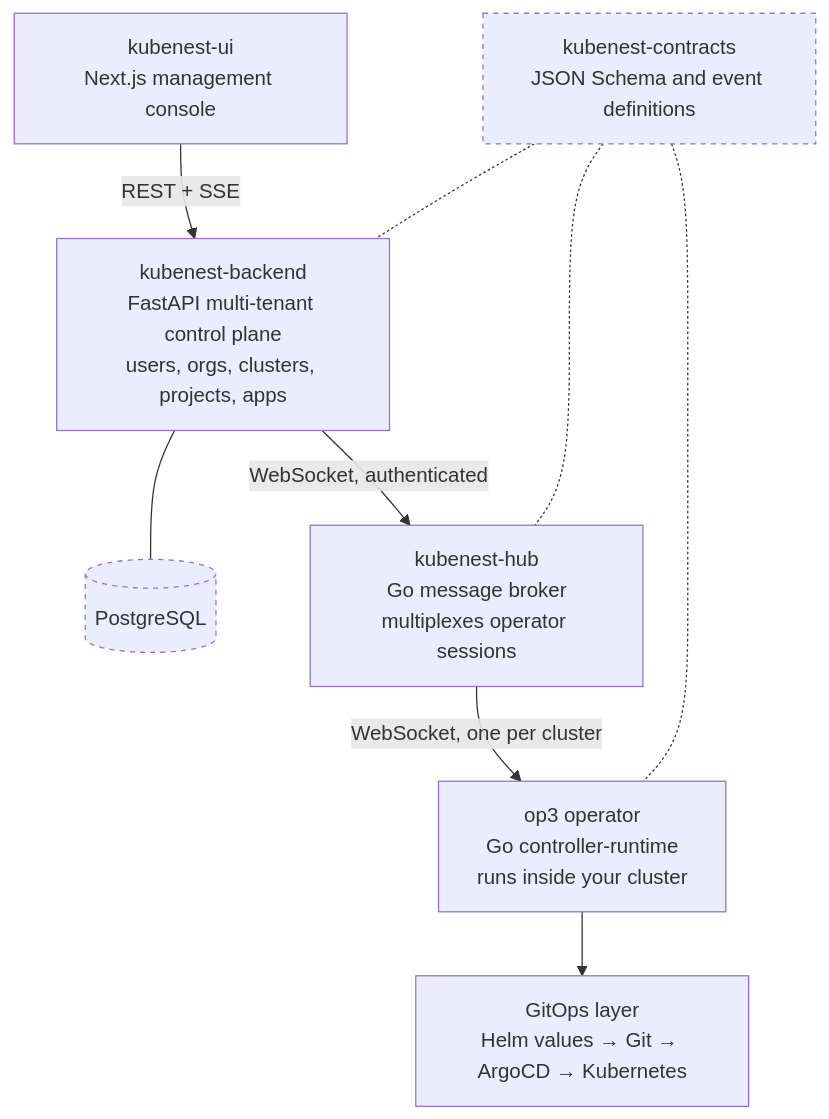
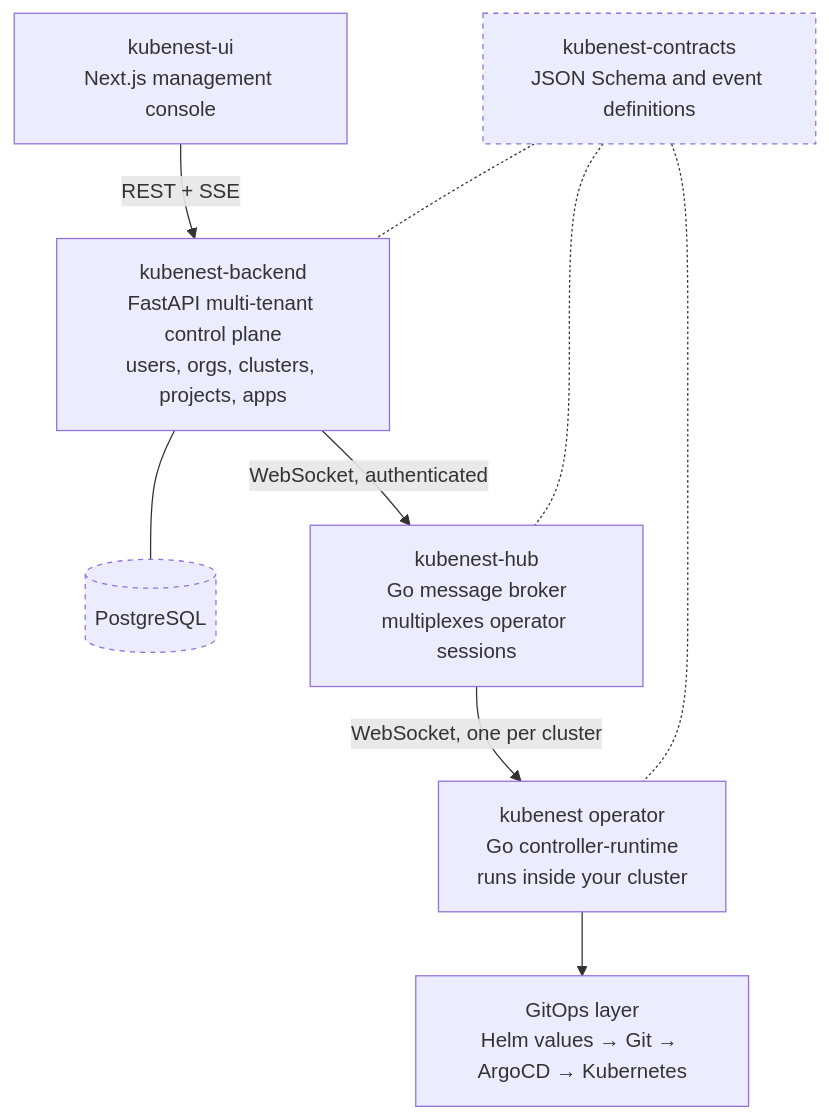
One commit to kubenesthq/docs changed the diagram in content/index.mdx. Above: the diagram before and after it, drawn with Mermaid. The commit also changed other lines of this file and 3 other files, not shown here.

````diff
--- a/content/index.mdx
+++ b/content/index.mdx
@@ -90,23 +90,23 @@
 ```mermaid
 flowchart TD
     UI["kubenest-ui<br/>Next.js management console"]
     BE["kubenest-backend<br/>FastAPI multi-tenant control plane<br/>users, orgs, clusters, projects, apps"]
     DB[("PostgreSQL")]
     HUB["kubenest-hub<br/>Go message broker<br/>multiplexes operator sessions"]
-    OP["op3 operator<br/>Go controller-runtime<br/>runs inside your cluster"]
+    OP["kubenest operator<br/>Go controller-runtime<br/>runs inside your cluster"]
     GIT["GitOps layer<br/>Helm values → Git → ArgoCD → Kubernetes"]
     CON["kubenest-contracts<br/>JSON Schema and event definitions"]
 
     UI -- "REST + SSE" --> BE
     BE --- DB
     BE -- "WebSocket, authenticated" --> HUB
     HUB -- "WebSocket, one per cluster" --> OP
     OP --> GIT
 
     CON -.- BE
     CON -.- HUB
     CON -.- OP
 
     style CON stroke-dasharray: 4 4
     style DB stroke-dasharray: 4 4
 ```
````
